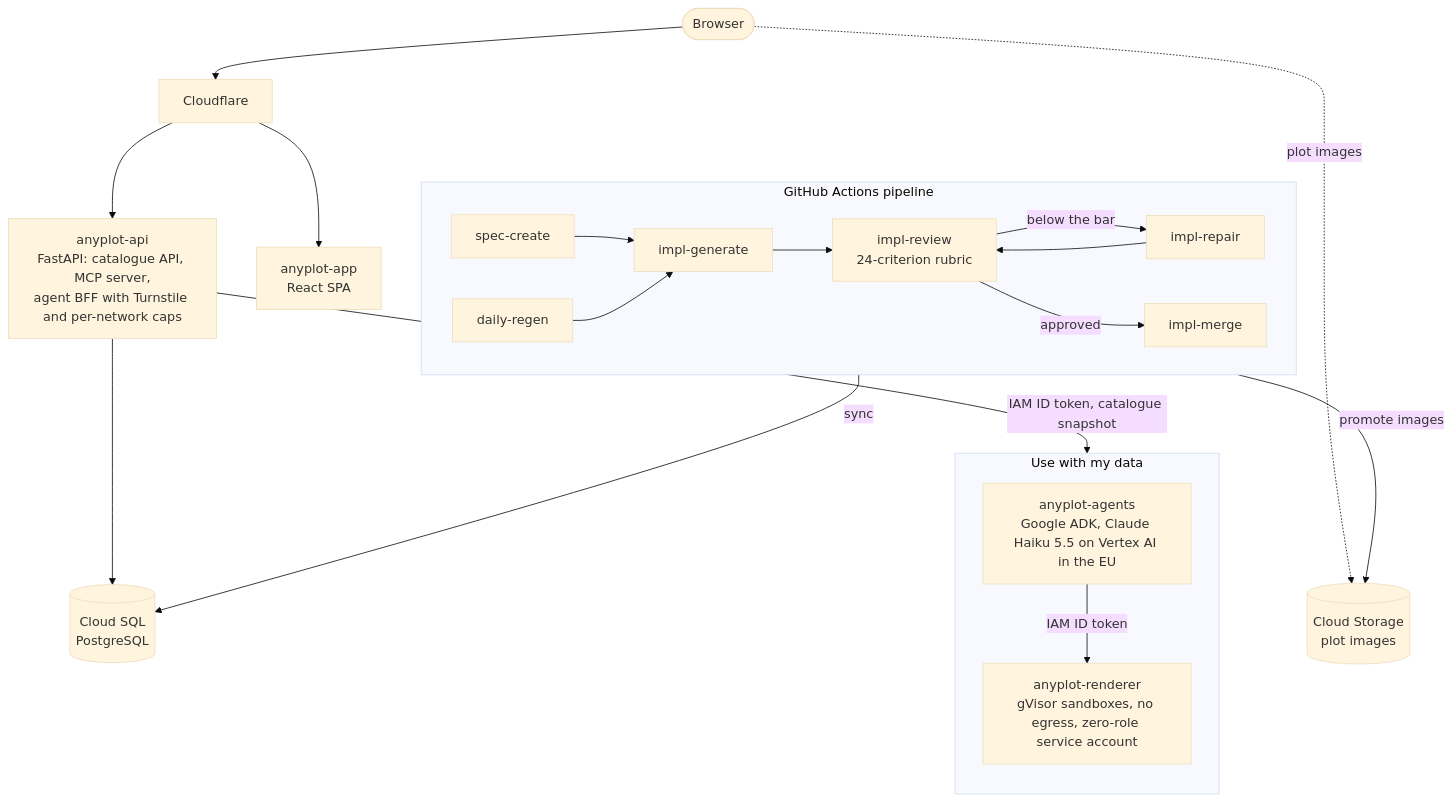
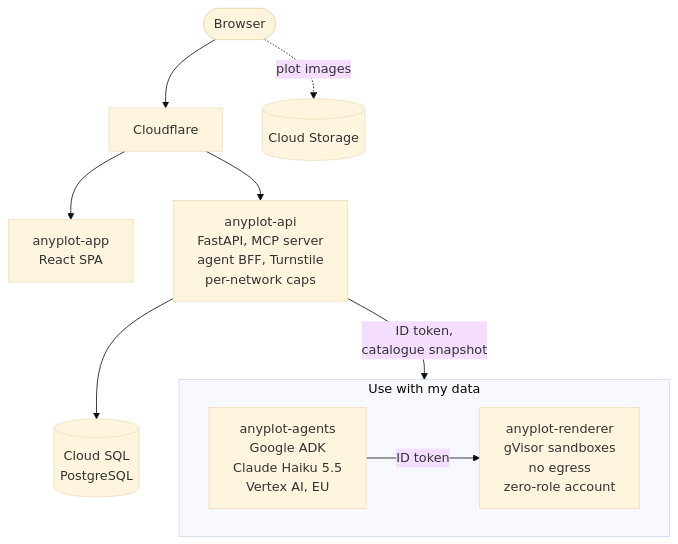
The first of 2 diagrams in README.md (MarkusNeusinger/anyplot), drawn with Mermaid (base theme) before and after one commit. The commit also changed other lines of this file and 1 other file, not shown here.

Commit message:
docs(readme): split the architecture into two diagrams
GitHub laid the single diagram out 1,674 px tall in a frame capped at
1,383 px, so its bottom row (anyplot-renderer) was cut off: GitHub's
Mermaid ignores a subgraph's direction once its nodes link outside it,
and it wraps long labels into narrow columns. The services and the
pipeline share only the storage, so each now gets a small diagram of
its own with short label lines, and the edges into "Use with my data"
target the subgraph, so its left-to-right direction holds.

Claude-Session: https://claude.ai/code/session_01H7HSkGyea1k2v293XiAMo8

````diff
--- a/README.md
+++ b/README.md
@@ -77,26 +79,14 @@
 ```mermaid
 flowchart TB
   browser(["Browser"]) --> cf["Cloudflare"]
   cf --> app["anyplot-app<br>React SPA"]
-  cf --> api["anyplot-api<br>FastAPI: catalogue API, MCP server,<br>agent BFF with Turnstile and per-network caps"]
-  browser -. "plot images" .-> gcs
+  cf --> api["anyplot-api<br>FastAPI, MCP server<br>agent BFF, Turnstile<br>per-network caps"]
+  browser -. "plot images" .-> gcs[("Cloud Storage")]
+  api --> sql[("Cloud SQL<br>PostgreSQL")]
+  api -- "ID token,<br>catalogue snapshot" --> chat
 
   subgraph chat ["Use with my data"]
-    direction TB
-    agents["anyplot-agents<br>Google ADK, Claude Haiku 5.5 on Vertex AI in the EU"]
-    agents -- "IAM ID token" --> renderer["anyplot-renderer<br>gVisor sandboxes, no egress, zero-role service account"]
+    direction LR
+    agents["anyplot-agents<br>Google ADK<br>Claude Haiku 5.5<br>Vertex AI, EU"] -- "ID token" --> renderer["anyplot-renderer<br>gVisor sandboxes<br>no egress<br>zero-role account"]
   end
-  api -- "IAM ID token, catalogue snapshot" --> agents
-
-  subgraph pipeline ["GitHub Actions pipeline"]
-    direction LR
-    spec["spec-create"] --> gen["impl-generate"] --> review["impl-review<br>24-criterion rubric"]
-    review -- "below the bar" --> repair["impl-repair"] --> review
-    review -- "approved" --> merge["impl-merge"]
-    regen["daily-regen"] --> gen
-  end
-
-  api --> sql[("Cloud SQL<br>PostgreSQL")]
-  merge -- "promote images" --> gcs[("Cloud Storage<br>plot images")]
-  merge -- "sync" --> sql
 ```
````
